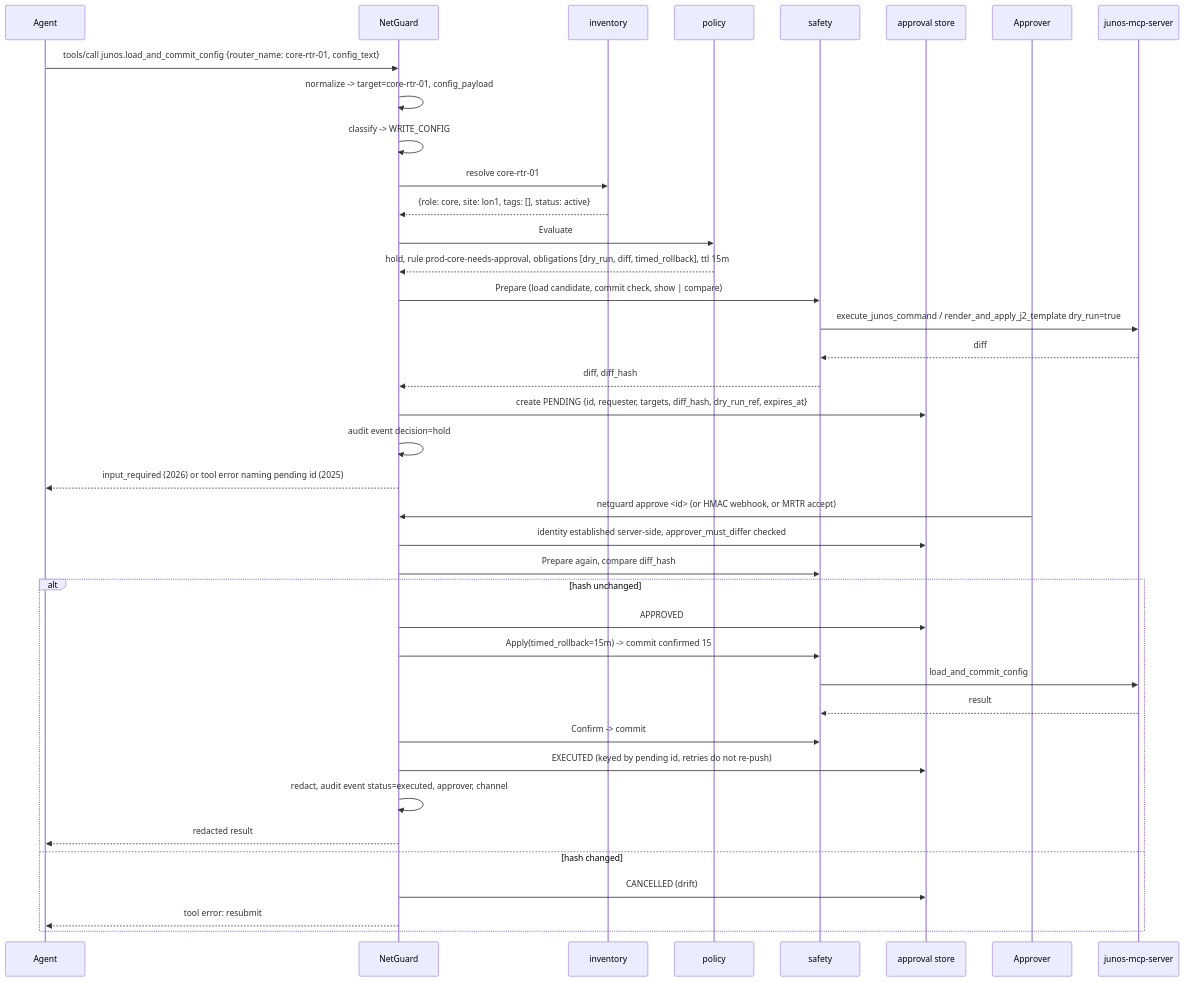
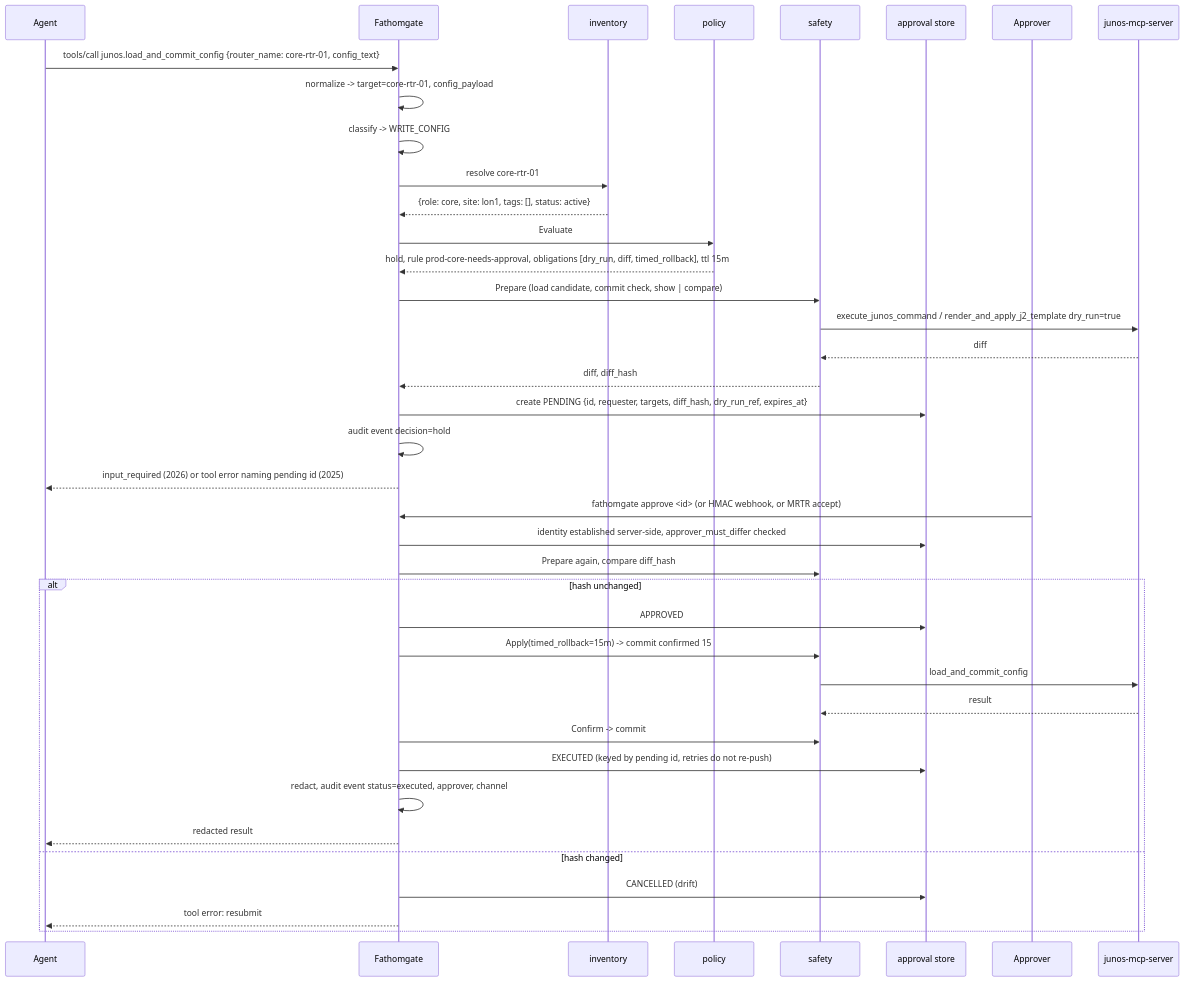
One commit to fathomgate/fathomgate changed the second of 2 diagrams in ARCHITECTURE.md. Above: the diagram before and after it, drawn with Mermaid. The commit also changed other lines of this file and 54 other files, not shown here.

First line of the commit message:
docs: rename NetGuard to Fathomgate in docs, design and agents (ADR 0019, T0.49)

````diff
--- a/ARCHITECTURE.md
+++ b/ARCHITECTURE.md
@@ -67,42 +67,42 @@
 ```mermaid
 sequenceDiagram
   participant Agent
-  participant Proxy as NetGuard
+  participant Proxy as Fathomgate
   participant Inv as inventory
   participant Pol as policy
   participant Safe as safety
   participant Store as approval store
   participant Approver
   participant Up as junos-mcp-server
 
   Agent->>Proxy: tools/call junos.load_and_commit_config {router_name: core-rtr-01, config_text}
   Proxy->>Proxy: normalize -> target=core-rtr-01, config_payload
   Proxy->>Proxy: classify -> WRITE_CONFIG
   Proxy->>Inv: resolve core-rtr-01
   Inv-->>Proxy: {role: core, site: lon1, tags: [], status: active}
   Proxy->>Pol: Evaluate
   Pol-->>Proxy: hold, rule prod-core-needs-approval, obligations [dry_run, diff, timed_rollback], ttl 15m
   Proxy->>Safe: Prepare (load candidate, commit check, show | compare)
   Safe->>Up: execute_junos_command / render_and_apply_j2_template dry_run=true
   Up-->>Safe: diff
   Safe-->>Proxy: diff, diff_hash
   Proxy->>Store: create PENDING {id, requester, targets, diff_hash, dry_run_ref, expires_at}
   Proxy->>Proxy: audit event decision=hold
   Proxy-->>Agent: input_required (2026) or tool error naming pending id (2025)
-  Approver->>Proxy: netguard approve <id>  (or HMAC webhook, or MRTR accept)
+  Approver->>Proxy: fathomgate approve <id>  (or HMAC webhook, or MRTR accept)
   Proxy->>Store: identity established server-side, approver_must_differ checked
   Proxy->>Safe: Prepare again, compare diff_hash
   alt hash unchanged
     Proxy->>Store: APPROVED
     Proxy->>Safe: Apply(timed_rollback=15m) -> commit confirmed 15
     Safe->>Up: load_and_commit_config
     Up-->>Safe: result
     Proxy->>Safe: Confirm -> commit
     Proxy->>Store: EXECUTED (keyed by pending id, retries do not re-push)
     Proxy->>Proxy: redact, audit event status=executed, approver, channel
     Proxy-->>Agent: redacted result
   else hash changed
     Proxy->>Store: CANCELLED (drift)
     Proxy-->>Agent: tool error: resubmit
   end
 ```
````
